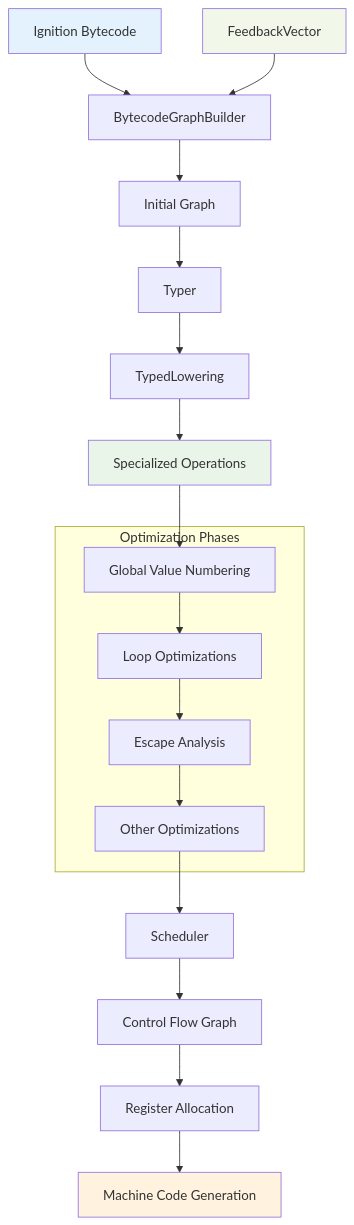
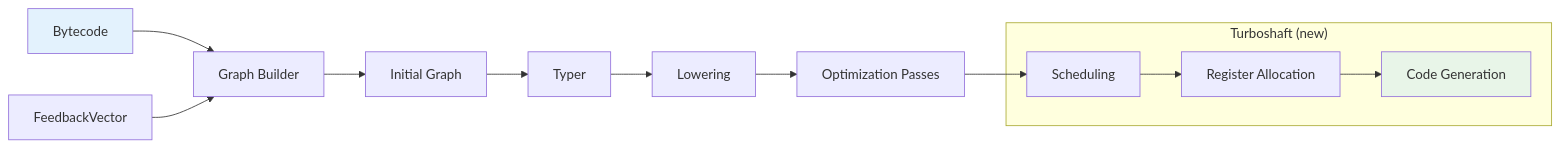
Before and after one commit to sujeet-pro/legacy-personal-site: the fourth of 4 diagrams in v4/content/articles/browser-runtime-internals/js-runtime-internals/v8-engine-architecture/README.md, drawn with Mermaid. The commit also changed other lines of this file and 115 other files, not shown here.

````diff
--- a/v4/content/articles/browser-runtime-internals/js-runtime-internals/v8-engine-architecture/README.md
+++ b/v4/content/articles/browser-runtime-internals/js-runtime-internals/v8-engine-architecture/README.md
@@ -549,32 +382,22 @@
 ```mermaid
-flowchart TD
-    A[Ignition Bytecode] --> B[BytecodeGraphBuilder]
-    C[FeedbackVector] --> B
-    B --> D[Initial Graph]
+flowchart LR
+    Bytecode[Bytecode] --> Builder[Graph Builder]
+    Feedback[FeedbackVector] --> Builder
+    Builder --> Graph[Initial Graph]
 
-    D --> E[Typer]
-    E --> F[TypedLowering]
-    F --> G[Specialized Operations]
+    Graph --> Typer
+    Typer --> Lower[Lowering]
+    Lower --> Opts[Optimization Passes]
+    Opts --> Sched[Scheduling]
+    Sched --> Alloc[Register Allocation]
+    Alloc --> CodeGen[Code Generation]
 
-    G --> H[Global Value Numbering]
-    H --> I[Loop Optimizations]
-    I --> J[Escape Analysis]
-    J --> K[Other Optimizations]
-
-    K --> L[Scheduler]
-    L --> M[Control Flow Graph]
-    M --> N[Register Allocation]
-    N --> O[Machine Code Generation]
-
-    subgraph "Optimization Phases"
-        H
-        I
-        J
-        K
+    subgraph "Turboshaft (new)"
+        Sched
+        Alloc
+        CodeGen
     end
 
-    style A fill:#e3f2fd
-    style C fill:#f1f8e9
-    style G fill:#e8f5e8
-    style O fill:#fff3e0
+    style Bytecode fill:#e3f2fd
+    style CodeGen fill:#e8f5e8
 ```
````
